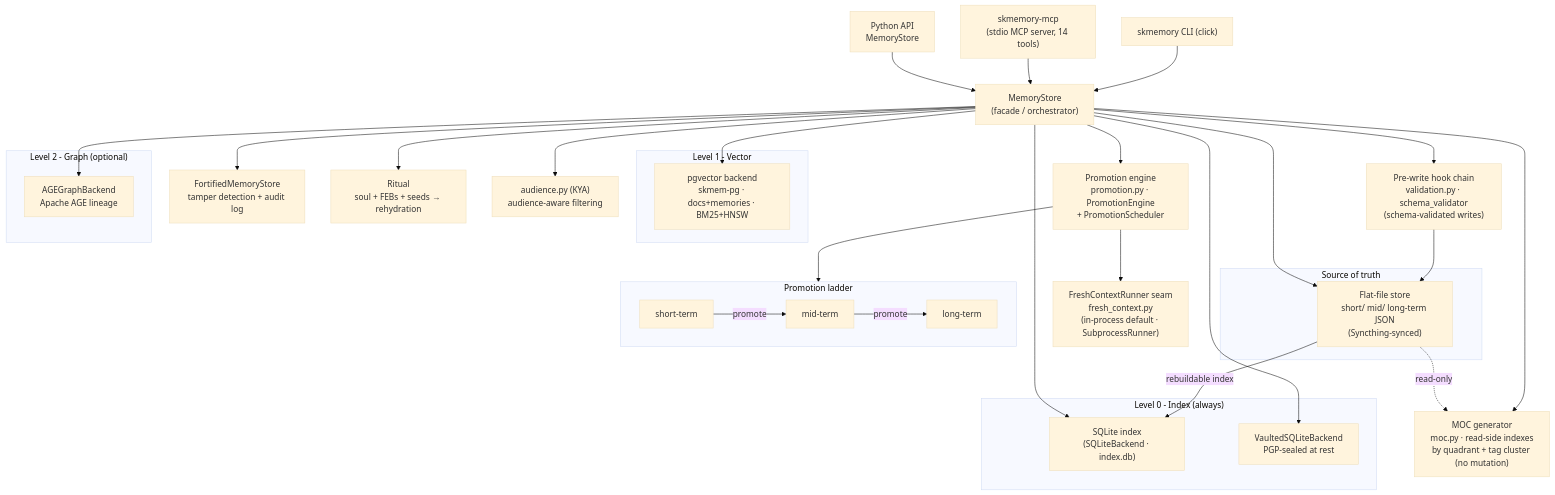
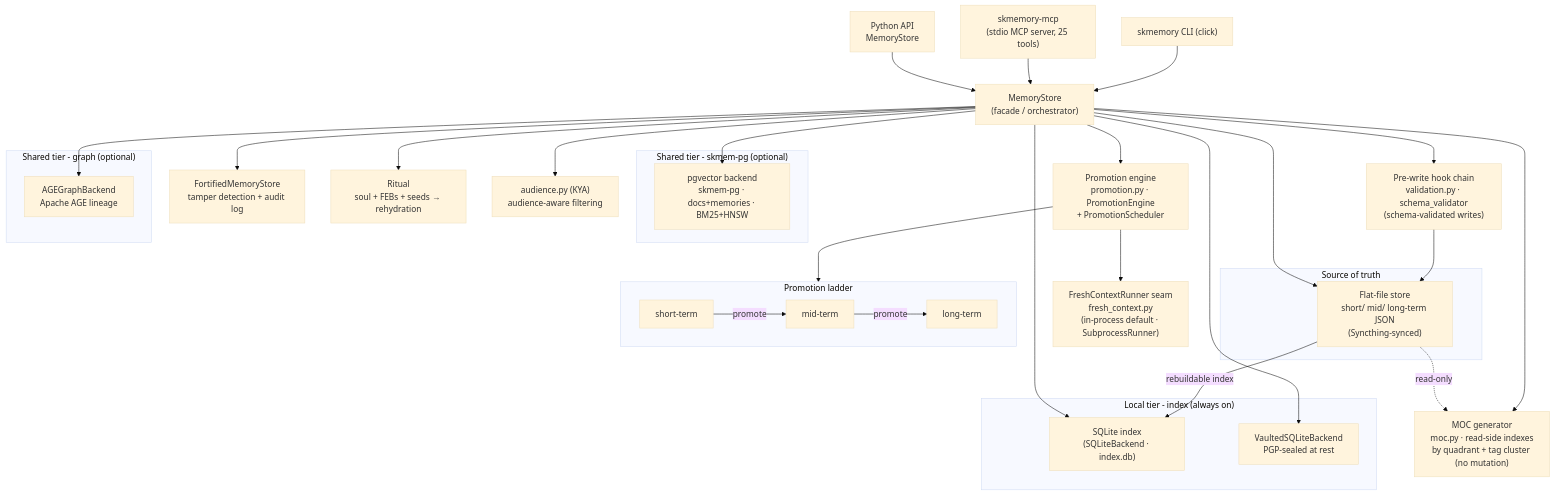
One commit to smilinTux/skmemory changed the diagram in SOP.md. Above: the diagram before and after it, drawn with Mermaid (base theme). The commit also changed other lines of this file and 16 other files, not shown here.

First line of the commit message:
docs: truth pass over SKILL.md, README, SOP, ARCHITECTURE and the two-tier stack (SKMEM-P0-09, P5-06, P2-07)

````diff
--- a/SOP.md
+++ b/SOP.md
@@ -43,53 +46,53 @@
 ```mermaid
 flowchart TD
     CLI["skmemory CLI (click)"]
-    MCP["skmemory-mcp\n(stdio MCP server, 14 tools)"]
+    MCP["skmemory-mcp\n(stdio MCP server, 25 tools)"]
     API["Python API\nMemoryStore"]
 
     CLI --> Store
     MCP --> Store
     API --> Store
 
     Store["MemoryStore\n(facade / orchestrator)"]
 
     Store --> Hooks["Pre-write hook chain\nvalidation.py · schema_validator\n(schema-validated writes)"]
     Hooks --> Flat
 
     subgraph SoT["Source of truth"]
         Flat["Flat-file store\nshort/ mid/ long-term JSON\n(Syncthing-synced)"]
     end
 
-    subgraph L0["Level 0 - Index (always)"]
+    subgraph L0["Local tier - index (always on)"]
         SQLite["SQLite index\n(SQLiteBackend · index.db)"]
         Vaulted["VaultedSQLiteBackend\nPGP-sealed at rest"]
     end
 
-    subgraph L1["Level 1 - Vector"]
+    subgraph L1["Shared tier - skmem-pg (optional)"]
         PG["pgvector backend\nskmem-pg · docs+memories · BM25+HNSW"]
     end
 
-    subgraph L2["Level 2 - Graph (optional)"]
+    subgraph L2["Shared tier - graph (optional)"]
         Graph["AGEGraphBackend\nApache AGE lineage"]
     end
 
     Store --> Flat
     Flat -->|rebuildable index| SQLite
     Store --> SQLite
     Store --> Vaulted
     Store --> PG
     Store --> Graph
 
     Store --> Fortress["FortifiedMemoryStore\ntamper detection + audit log"]
     Store --> Ritual["Ritual\nsoul + FEBs + seeds → rehydration"]
     Store --> KYA["audience.py (KYA)\naudience-aware filtering"]
 
     subgraph Layers["Promotion ladder"]
         Short["short-term"] -->|promote| Mid["mid-term"] -->|promote| Long["long-term"]
     end
     Store --> Promo["Promotion engine\npromotion.py · PromotionEngine\n+ PromotionScheduler"]
     Promo --> Fresh["FreshContextRunner seam\nfresh_context.py\n(in-process default · SubprocessRunner)"]
     Promo --> Layers
 
     Store --> MOC["MOC generator\nmoc.py · read-side indexes\nby quadrant + tag cluster (no mutation)"]
     Flat -.read-only.-> MOC
 ```
````
